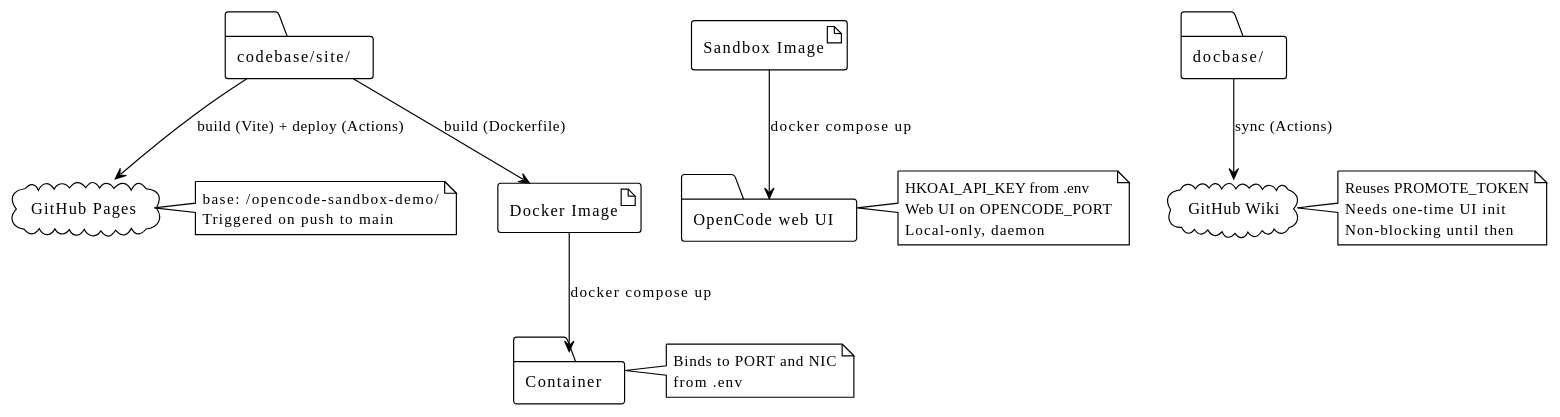
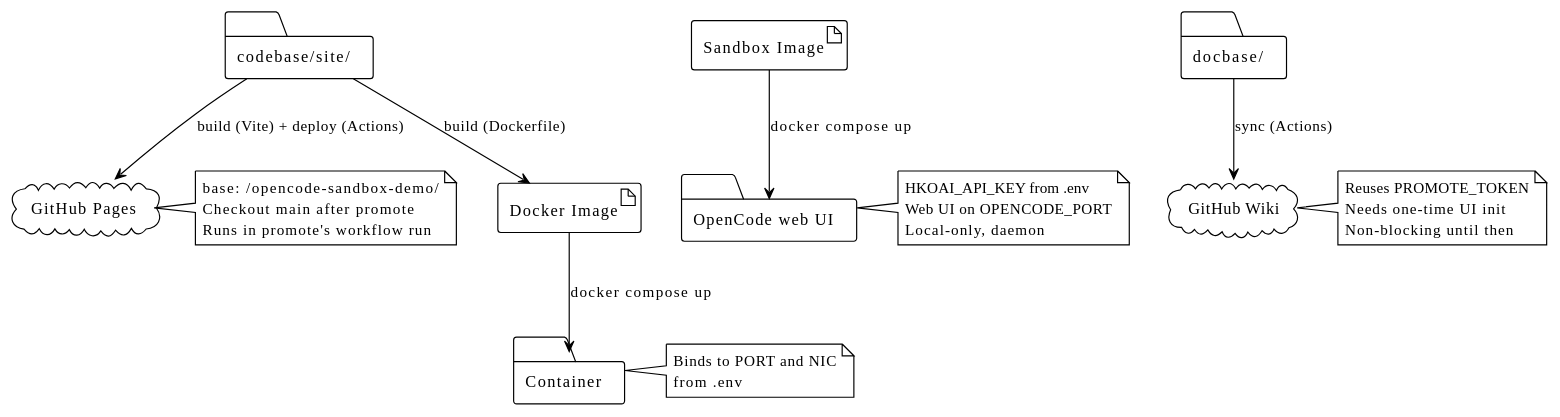
Before and after one commit to Mcc-Mak/opencode-sandbox-demo: the fourth of 4 diagrams in docbase/docs/Architecture.md, drawn with PlantUML. The commit also changed other lines of this file and 4 other files, not shown here.

First line of the commit message:
feat: consolidate CI/CD to single workflow run + fix Dockerfile S6505 (0.8.0)

````diff
--- a/docbase/docs/Architecture.md
+++ b/docbase/docs/Architecture.md
@@ -111,42 +111,43 @@
 ```plantuml
 @startuml
 !theme plain
 
 artifact "Docker Image" as image
 artifact "Sandbox Image" as sbimage
 folder "Container" as container
 folder "OpenCode web UI" as sandbox
 cloud "GitHub Pages" as pages
 cloud "GitHub Wiki" as wiki
 folder "codebase/site/" as source
 folder "docbase/" as docs
 
 source --> image : build (Dockerfile)
 image --> container : docker compose up
 sbimage --> sandbox : docker compose up
 source --> pages : build (Vite) + deploy (Actions)
 docs --> wiki : sync (Actions)
 
 note right of container
   Binds to PORT and NIC
   from .env
 end note
 
 note right of sandbox
   HKOAI_API_KEY from .env
   Web UI on OPENCODE_PORT
   Local-only, daemon
 end note
 
 note right of pages
   base: /opencode-sandbox-demo/
-  Triggered on push to main
+  Checkout main after promote
+  Runs in promote's workflow run
 end note
 
 note right of wiki
   Reuses PROMOTE_TOKEN
   Needs one-time UI init
   Non-blocking until then
 end note
 @enduml
 ```
````
